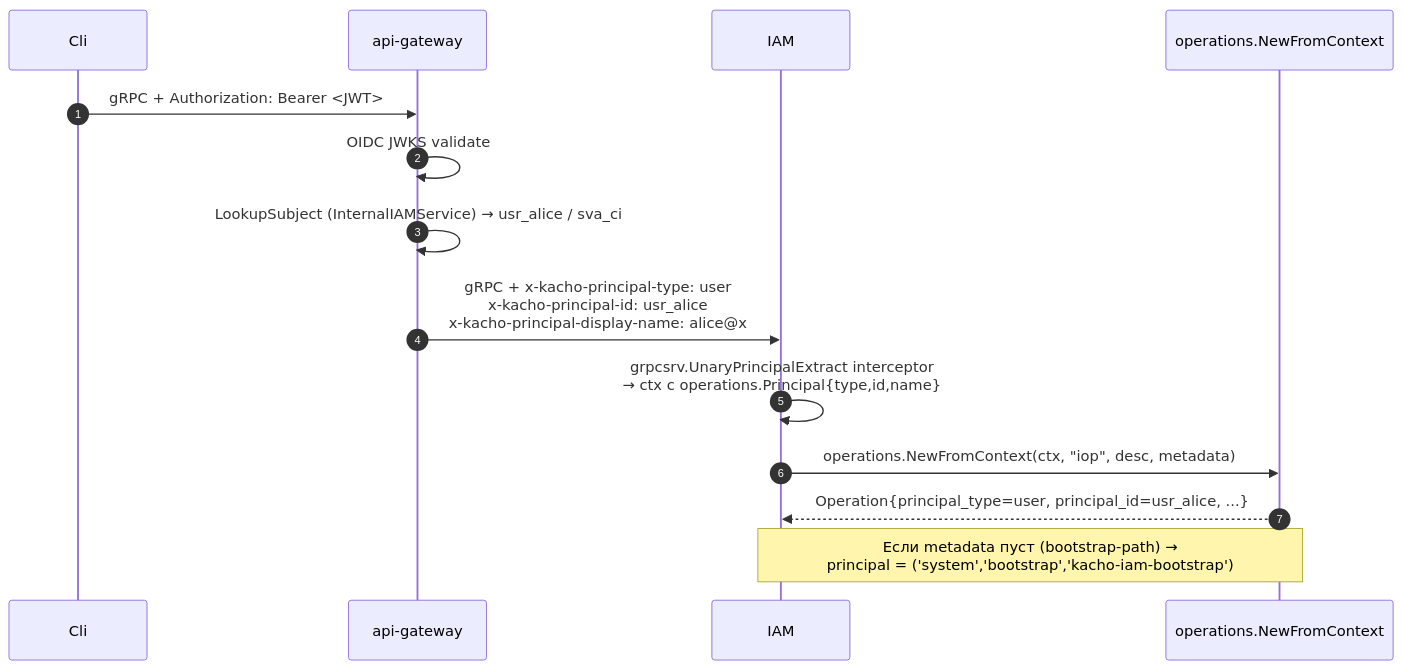
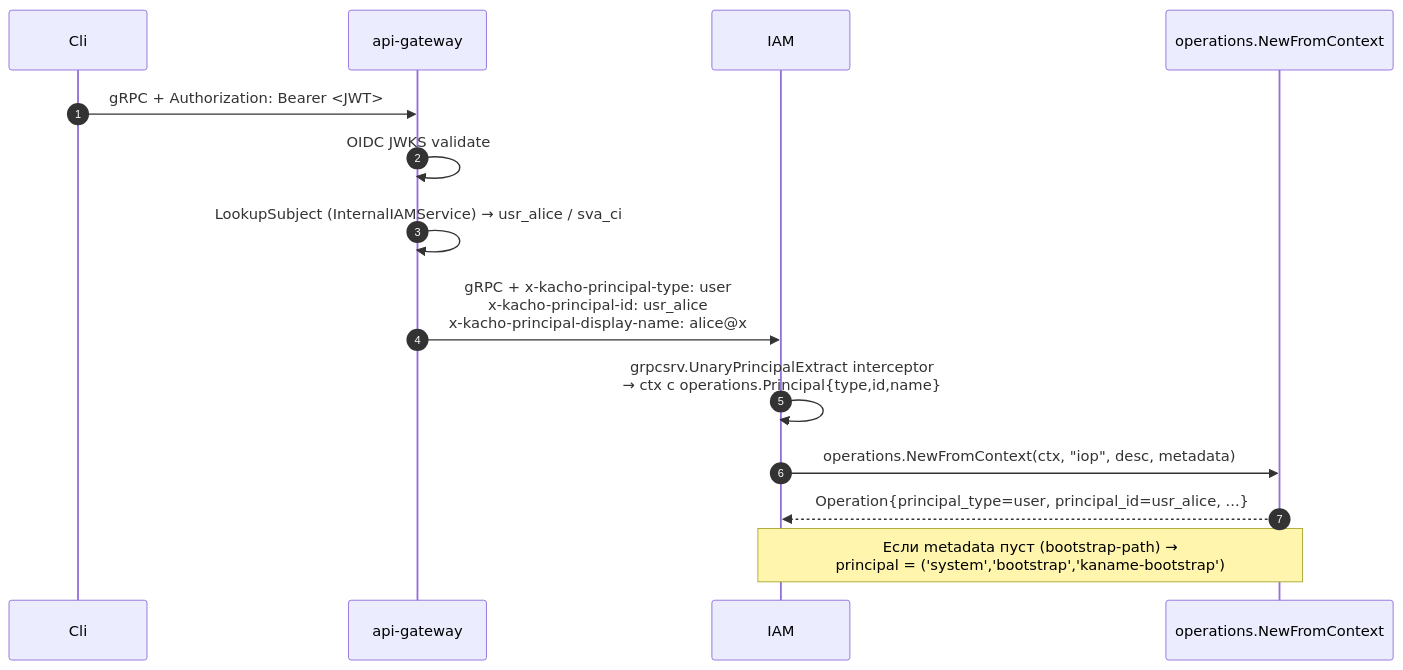
Before and after one commit to PRO-Robotech/kacho: the second of 2 diagrams in services/iam/docs/engineering/components/10-operations.md, drawn with Mermaid. The commit also changed other lines of this file and 5005 other files, not shown here.

````diff
--- a/services/iam/docs/engineering/components/10-operations.md
+++ b/services/iam/docs/engineering/components/10-operations.md
@@ -77,17 +77,17 @@
 ```mermaid
 sequenceDiagram
     autonumber
     participant Cli
     participant GW as api-gateway
     participant IAM
     participant Op as operations.NewFromContext
 
     Cli->>GW: gRPC + Authorization: Bearer <JWT>
     GW->>GW: OIDC JWKS validate
     GW->>GW: LookupSubject (InternalIAMService) → usr_alice / sva_ci
     GW->>IAM: gRPC + x-kacho-principal-type: user<br/>x-kacho-principal-id: usr_alice<br/>x-kacho-principal-display-name: alice@x
     IAM->>IAM: grpcsrv.UnaryPrincipalExtract interceptor<br/>→ ctx с operations.Principal{type,id,name}
     IAM->>Op: operations.NewFromContext(ctx, "iop", desc, metadata)
     Op-->>IAM: Operation{principal_type=user, principal_id=usr_alice, ...}
-    Note over IAM,Op: Если metadata пуст (bootstrap-path) →<br/>principal = ('system','bootstrap','kacho-iam-bootstrap')
+    Note over IAM,Op: Если metadata пуст (bootstrap-path) →<br/>principal = ('system','bootstrap','kaname-bootstrap')
 ```
````
